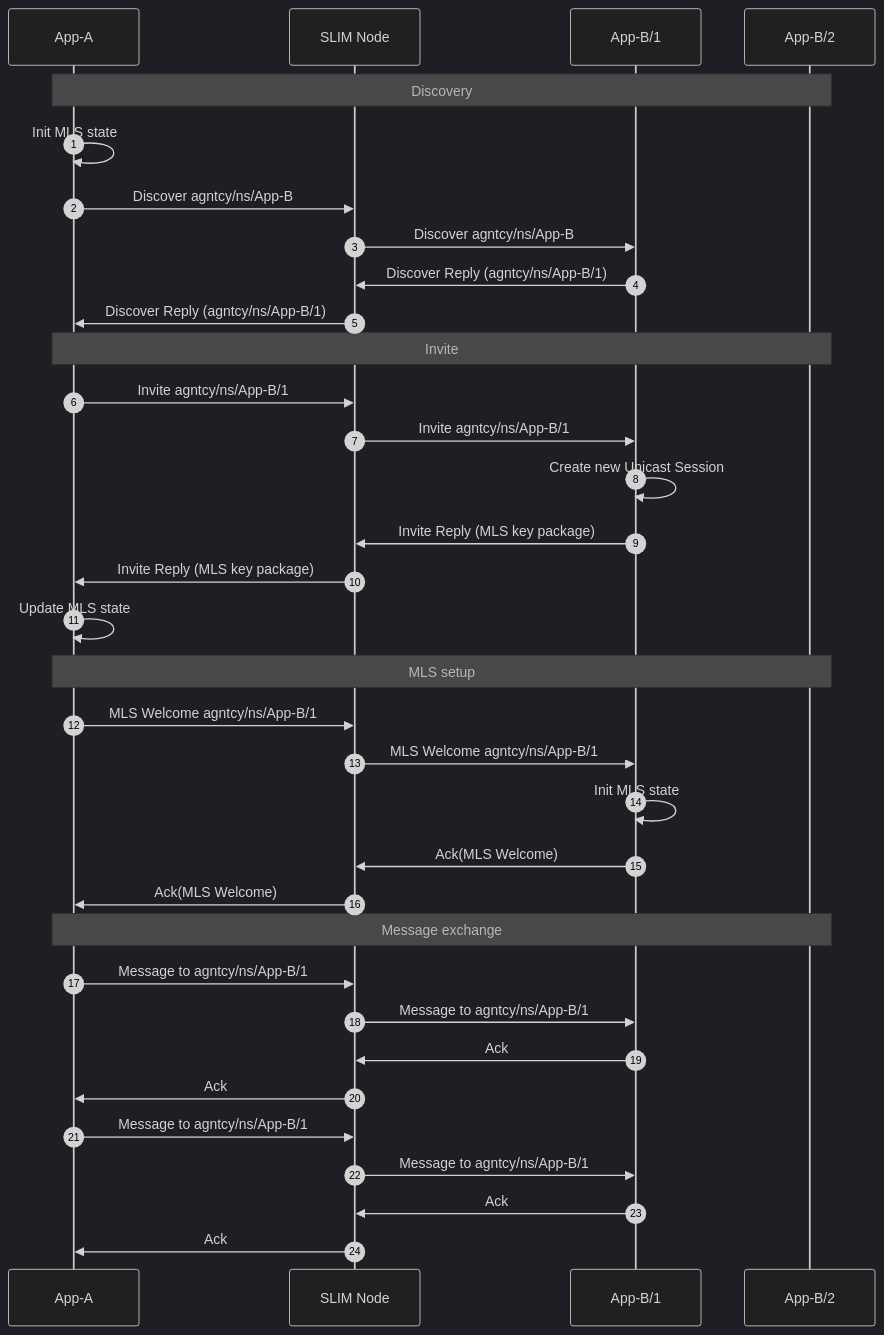
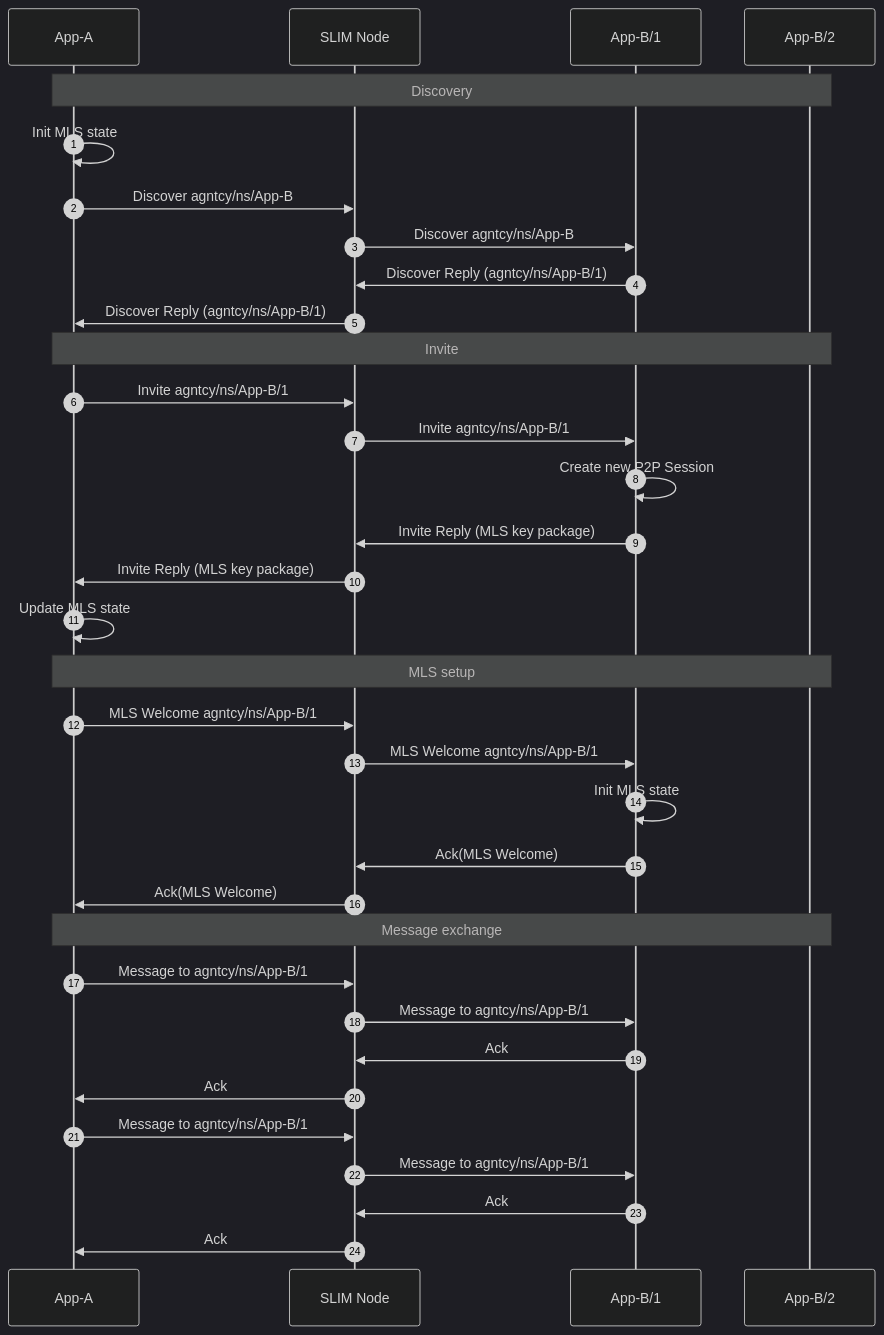
Before and after one commit to agntcy/slim: the first of 3 diagrams in data-plane/python/bindings/SESSION.md, drawn with Mermaid (dark theme). The commit also changed other lines of this file and 25 other files, not shown here.

Commit message:
refactor(python/bindings): remove anycast session and rename unicast and multicast

````diff
--- a/data-plane/python/bindings/SESSION.md
+++ b/data-plane/python/bindings/SESSION.md
@@ -150,42 +46,42 @@
 ```mermaid
 sequenceDiagram
     autonumber
 
     participant App-A
     participant SLIM Node
     participant App-B/1
     participant App-B/2
 
     Note over App-A,App-B/2: Discovery
     App-A->>App-A: Init MLS state
     App-A->>SLIM Node: Discover agntcy/ns/App-B
     SLIM Node->>App-B/1: Discover agntcy/ns/App-B
     App-B/1->>SLIM Node: Discover Reply (agntcy/ns/App-B/1)
     SLIM Node->>App-A: Discover Reply (agntcy/ns/App-B/1)
 
     Note over App-A,App-B/2: Invite
     App-A->>SLIM Node: Invite agntcy/ns/App-B/1
     SLIM Node->>App-B/1: Invite agntcy/ns/App-B/1
-    App-B/1->>App-B/1: Create new Unicast Session
+    App-B/1->>App-B/1: Create new P2P Session
     App-B/1->>SLIM Node: Invite Reply (MLS key package)
     SLIM Node->>App-A: Invite Reply (MLS key package)
     App-A->>App-A: Update MLS state
 
     Note over App-A,App-B/2: MLS setup
     App-A->>SLIM Node: MLS Welcome agntcy/ns/App-B/1
     SLIM Node->>App-B/1: MLS Welcome agntcy/ns/App-B/1
     App-B/1->>App-B/1: Init MLS state
     App-B/1->>SLIM Node: Ack(MLS Welcome)
     SLIM Node->>App-A: Ack(MLS Welcome)
 
     Note over App-A,App-B/2: Message exchange
     App-A->>SLIM Node: Message to agntcy/ns/App-B/1
     SLIM Node->>App-B/1: Message to agntcy/ns/App-B/1
     App-B/1->>SLIM Node: Ack
     SLIM Node->>App-A: Ack
 
     App-A->>SLIM Node: Message to agntcy/ns/App-B/1
     SLIM Node->>App-B/1: Message to agntcy/ns/App-B/1
     App-B/1->>SLIM Node: Ack
     SLIM Node->>App-A: Ack
 ```
````
